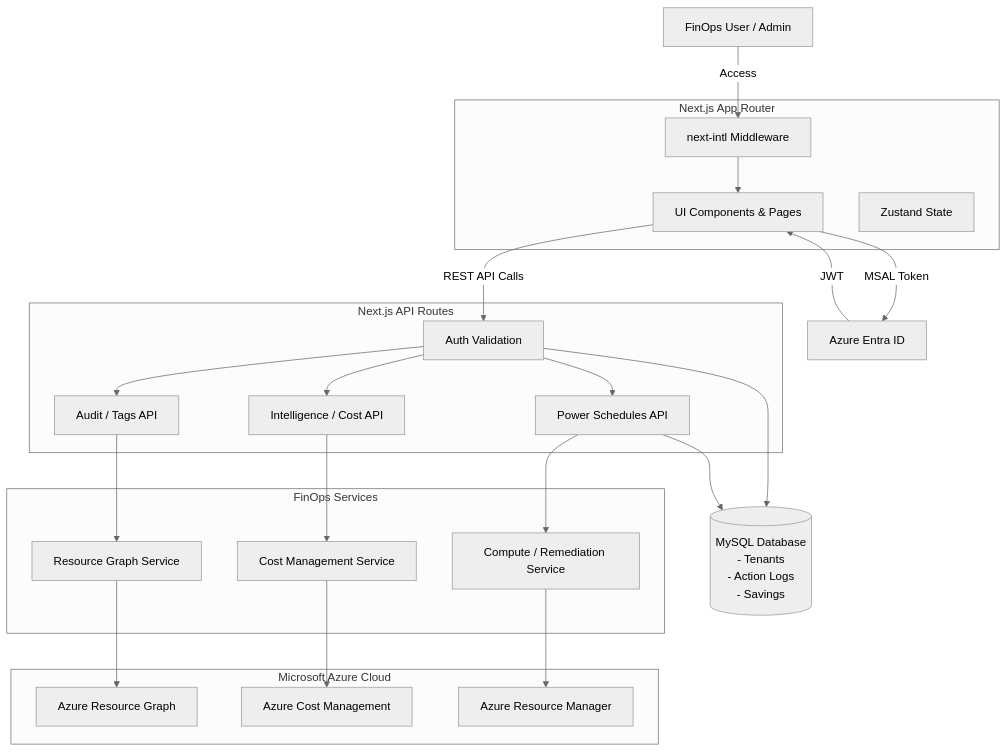
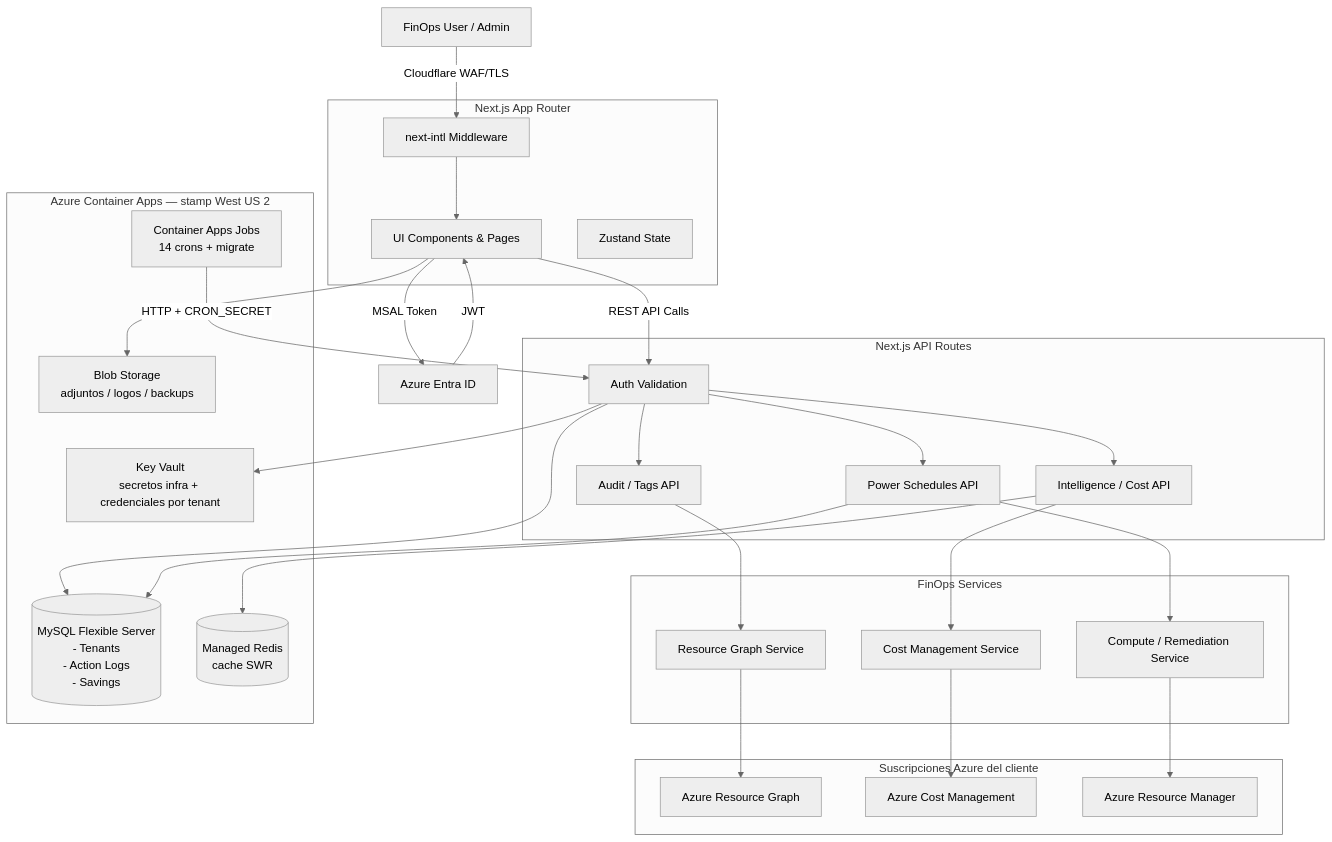
The diagram in README.md (manny864/finops), drawn with Mermaid (neutral theme) before and after one commit. The commit also changed other lines of this file, not shown here.

First line of the commit message:
docs(readme): consolidar en Azure-only y reflejar la infra de Container Apps

````diff
--- a/README.md
+++ b/README.md
@@ -17,59 +24,70 @@
 ```mermaid
 graph TD
     %% Entidades Externas
     User[FinOps User / Admin]
     Entra[Azure Entra ID]
     
     %% Frontend
     subgraph Frontend [Next.js App Router]
         UI[UI Components & Pages]
         i18n[next-intl Middleware]
         Zustand[Zustand State]
     end
     
     %% Backend
     subgraph Backend [Next.js API Routes]
         API_Auth[Auth Validation]
         API_Audit[Audit / Tags API]
         API_Power[Power Schedules API]
         API_Intel[Intelligence / Cost API]
     end
     
     %% Services & Data
     subgraph Core_Services [FinOps Services]
         GraphService[Resource Graph Service]
         CostService[Cost Management Service]
         ComputeService[Compute / Remediation Service]
     end
     
-    MySQL[(MySQL Database\n- Tenants\n- Action Logs\n- Savings)]
+    %% Plataforma (infra propia, Terraform)
+    subgraph Platform [Azure Container Apps — stamp West US 2]
+        Jobs[Container Apps Jobs\n14 crons + migrate]
+        MySQL[(MySQL Flexible Server\n- Tenants\n- Action Logs\n- Savings)]
+        Redis[(Managed Redis\ncache SWR)]
+        KV[Key Vault\nsecretos infra + credenciales por tenant]
+        Blob[Blob Storage\nadjuntos / logos / backups]
+    end
     
-    %% Azure Cloud
-    subgraph Azure_Cloud [Microsoft Azure Cloud]
+    %% Azure Cloud del cliente
+    subgraph Azure_Cloud [Suscripciones Azure del cliente]
         ARG[Azure Resource Graph]
         ACM[Azure Cost Management]
         ARM[Azure Resource Manager]
     end
     
     %% Relaciones
-    User -->|Access| i18n
+    User -->|Cloudflare WAF/TLS| i18n
     i18n --> UI
     UI -->|MSAL Token| Entra
     Entra -->|JWT| UI
     
     UI -->|REST API Calls| API_Auth
     API_Auth --> API_Audit
     API_Auth --> API_Power
     API_Auth --> API_Intel
     
     API_Audit --> GraphService
     API_Power --> ComputeService
     API_Intel --> CostService
     
     GraphService --> ARG
     CostService --> ACM
     ComputeService --> ARM
     
     API_Auth --> MySQL
     API_Power --> MySQL
+    API_Intel --> Redis
+    API_Auth --> KV
+    Jobs -->|HTTP + CRON_SECRET| API_Auth
+    UI --> Blob
 ```
````
